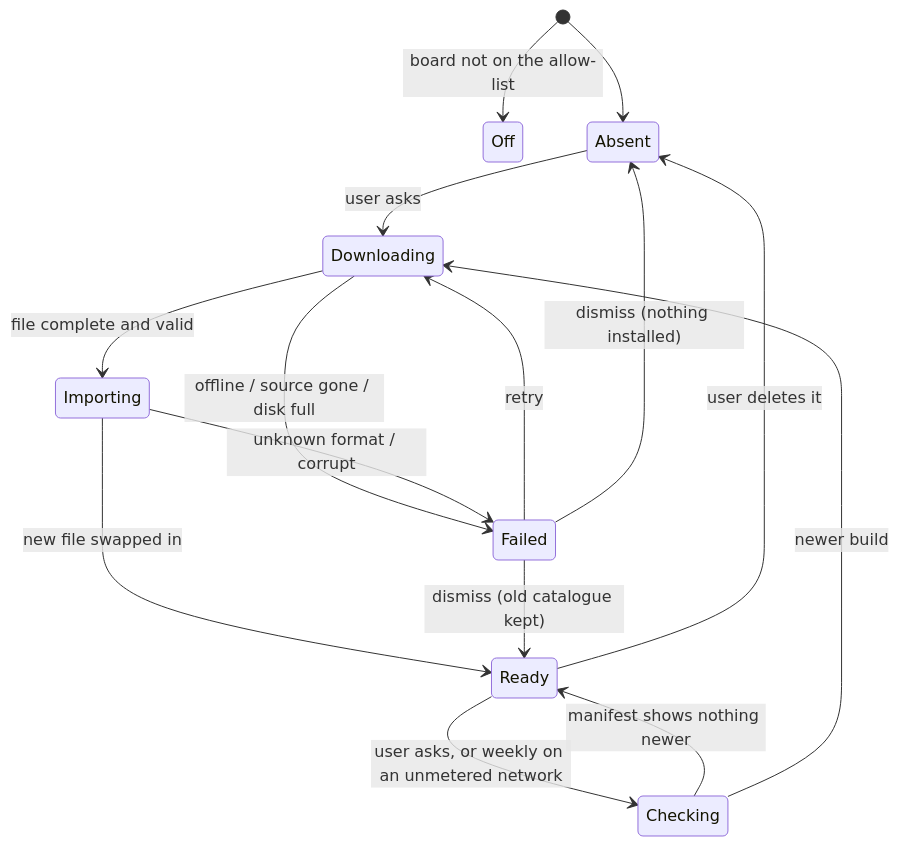
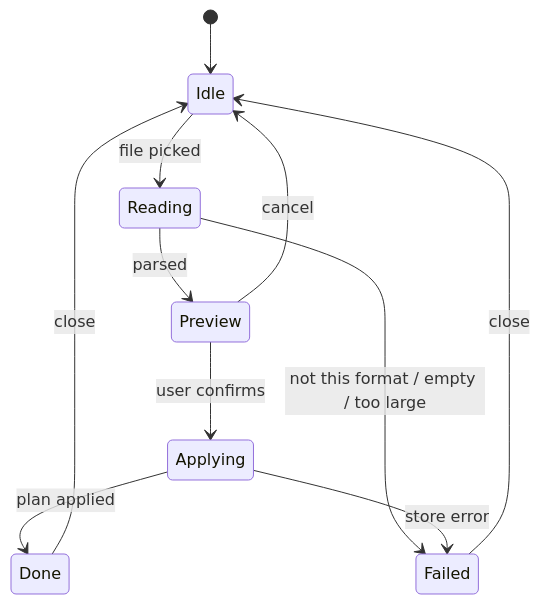
One commit to jirathip-dev/sendmeter changed the third of 4 diagrams in docs/architecture/boards/statecharts.md. Above: the diagram before and after it, drawn with Mermaid. The commit also changed other lines of this file and 5 other files, not shown here.

Commit message:
#1047 docs: Board tab architecture rev 2 — own-data import, wiring check, no catalogue

````diff
--- a/docs/architecture/boards/statecharts.md
+++ b/docs/architecture/boards/statecharts.md
@@ -63,17 +99,13 @@
 ```mermaid
 stateDiagram-v2
-    [*] --> Off: board not on the allow-list
-    [*] --> Absent
-    Absent --> Downloading: user asks
-    Downloading --> Importing: file complete and valid
-    Importing --> Ready: new file swapped in
-    Downloading --> Failed: offline / source gone / disk full
-    Importing --> Failed: unknown format / corrupt
-    Failed --> Downloading: retry
-    Failed --> Absent: dismiss (nothing installed)
-    Failed --> Ready: dismiss (old catalogue kept)
-    Ready --> Checking: user asks, or weekly on an unmetered network
-    Checking --> Ready: manifest shows nothing newer
-    Checking --> Downloading: newer build
-    Ready --> Absent: user deletes it
+    [*] --> Idle
+    Idle --> Reading: file picked
+    Reading --> Preview: parsed
+    Reading --> Failed: not this format / empty / too large
+    Preview --> Applying: user confirms
+    Preview --> Idle: cancel
+    Applying --> Done: plan applied
+    Applying --> Failed: store error
+    Done --> Idle: close
+    Failed --> Idle: close
 ```
````
